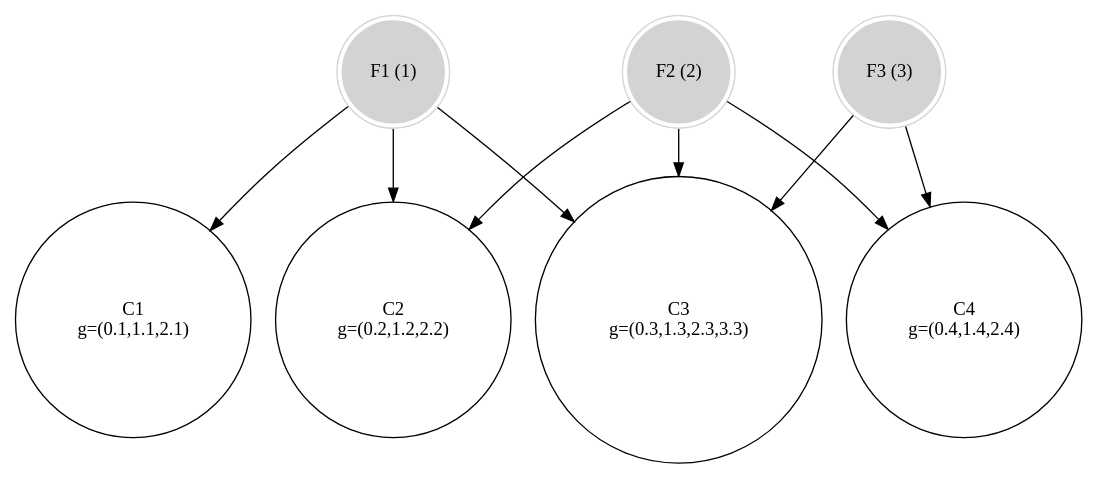
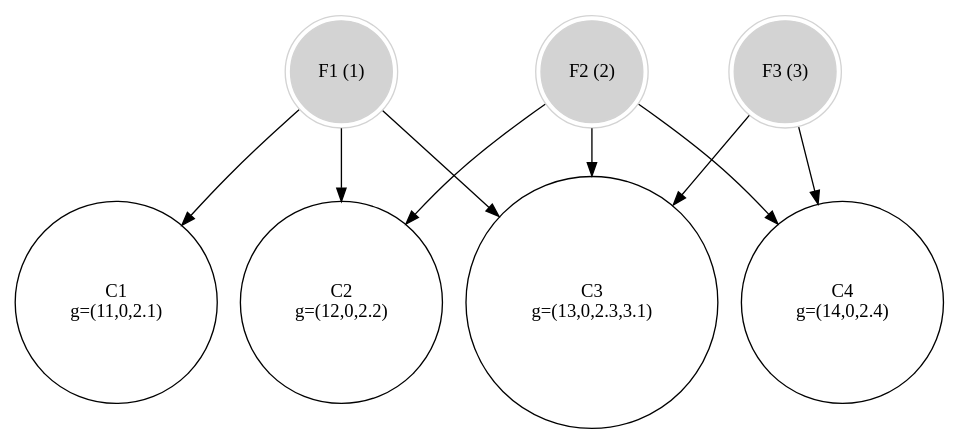
The diagram in reports/2021-02-23_Status_BM/problem_dia.gv (alex-bochkarev/align-BDD), drawn with Graphviz before and after one commit. The commit also changed 12 other files, not shown here.

```diff
--- a/reports/2021-02-23_Status_BM/problem_dia.gv
+++ b/reports/2021-02-23_Status_BM/problem_dia.gv
@@ -1,22 +1,22 @@
 // Uncapacitated Facility Location
 digraph G {
 	F1 [label="F1 (1)" color=lightgrey shape=doublecircle style=filled]
 	F2 [label="F2 (2)" color=lightgrey shape=doublecircle style=filled]
 	F3 [label="F3 (3)" color=lightgrey shape=doublecircle style=filled]
 	C1 [label="C1
-g=(0.1,1.1,2.1)" shape=circle]
+g=(11,0,2.1)" shape=circle]
 	C2 [label="C2
-g=(0.2,1.2,2.2)" shape=circle]
+g=(12,0,2.2)" shape=circle]
 	C3 [label="C3
-g=(0.3,1.3,2.3,3.3)" shape=circle]
+g=(13,0,2.3,3.1)" shape=circle]
 	C4 [label="C4
-g=(0.4,1.4,2.4)" shape=circle]
+g=(14,0,2.4)" shape=circle]
 	F1 -> C1
 	F1 -> C2
 	F2 -> C2
 	F1 -> C3
 	F2 -> C3
 	F3 -> C3
 	F2 -> C4
 	F3 -> C4
 }
```
